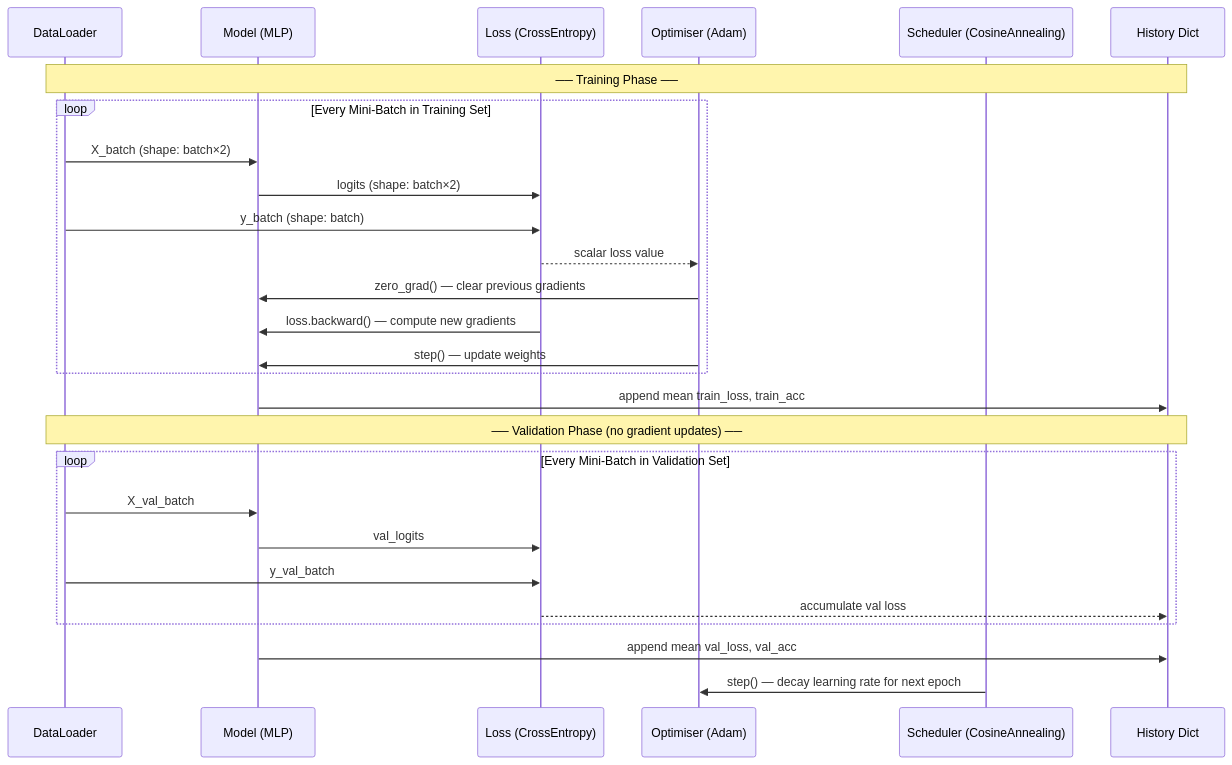
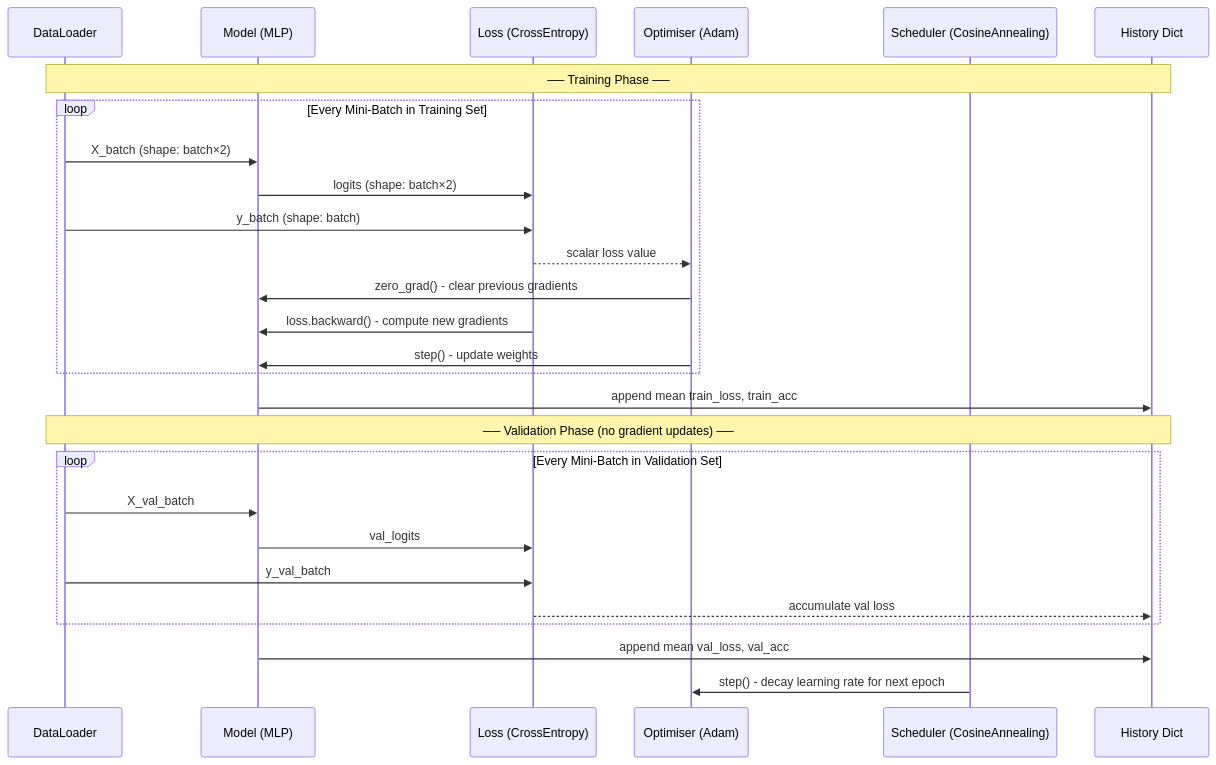
One commit to hkevin01/epochs-demo changed the fifth of 13 diagrams in README.md. Above: the diagram before and after it, drawn with Mermaid. The commit also changed other lines of this file, not shown here.

````diff
--- a/README.md
+++ b/README.md
@@ -872,31 +872,31 @@
 ```mermaid
 sequenceDiagram
     participant DL as DataLoader
     participant M  as Model (MLP)
     participant L  as Loss (CrossEntropy)
     participant O  as Optimiser (Adam)
     participant S  as Scheduler (CosineAnnealing)
     participant H  as History Dict
 
     Note over DL,H: ── Training Phase ──
     loop Every Mini-Batch in Training Set
         DL->>M: X_batch (shape: batch×2)
         M->>L: logits (shape: batch×2)
         DL->>L: y_batch (shape: batch)
         L-->>O: scalar loss value
-        O->>M: zero_grad() — clear previous gradients
-        L->>M: loss.backward() — compute new gradients
-        O->>M: step() — update weights
+        O->>M: zero_grad()  -  clear previous gradients
+        L->>M: loss.backward()  -  compute new gradients
+        O->>M: step()  -  update weights
     end
     M->>H: append mean train_loss, train_acc
 
     Note over DL,H: ── Validation Phase (no gradient updates) ──
     loop Every Mini-Batch in Validation Set
         DL->>M: X_val_batch
         M->>L: val_logits
         DL->>L: y_val_batch
         L-->>H: accumulate val loss
     end
     M->>H: append mean val_loss, val_acc
-    S->>O: step() — decay learning rate for next epoch
+    S->>O: step()  -  decay learning rate for next epoch
 ```
````
